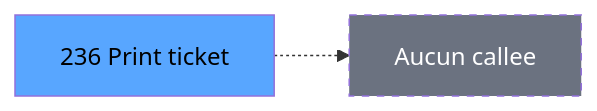
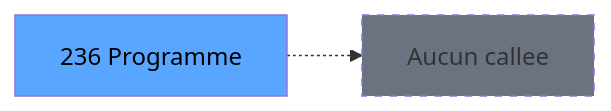
The third of 3 diagrams in .openspec/specs/ADH-IDE-236.md (thonyAGP/lecteur-magic), drawn with Mermaid before and after one commit. The commit also changed other lines of this file and 326 other files, not shown here.

````diff
--- a/.openspec/specs/ADH-IDE-236.md
+++ b/.openspec/specs/ADH-IDE-236.md
@@ -218,10 +111,8 @@
 ```mermaid
 graph LR
-    T[236 Print ticket]
+    T[236 Programme]
     NONE[Aucun callee]
-
     T -.-> NONE
-
     style T fill:#58a6ff,color:#000
-    style NONE fill:#6b7280,color:#fff,stroke-dasharray: 5 5
+    style NONE fill:#6b7280,stroke-dasharray: 5 5
 ```
````
